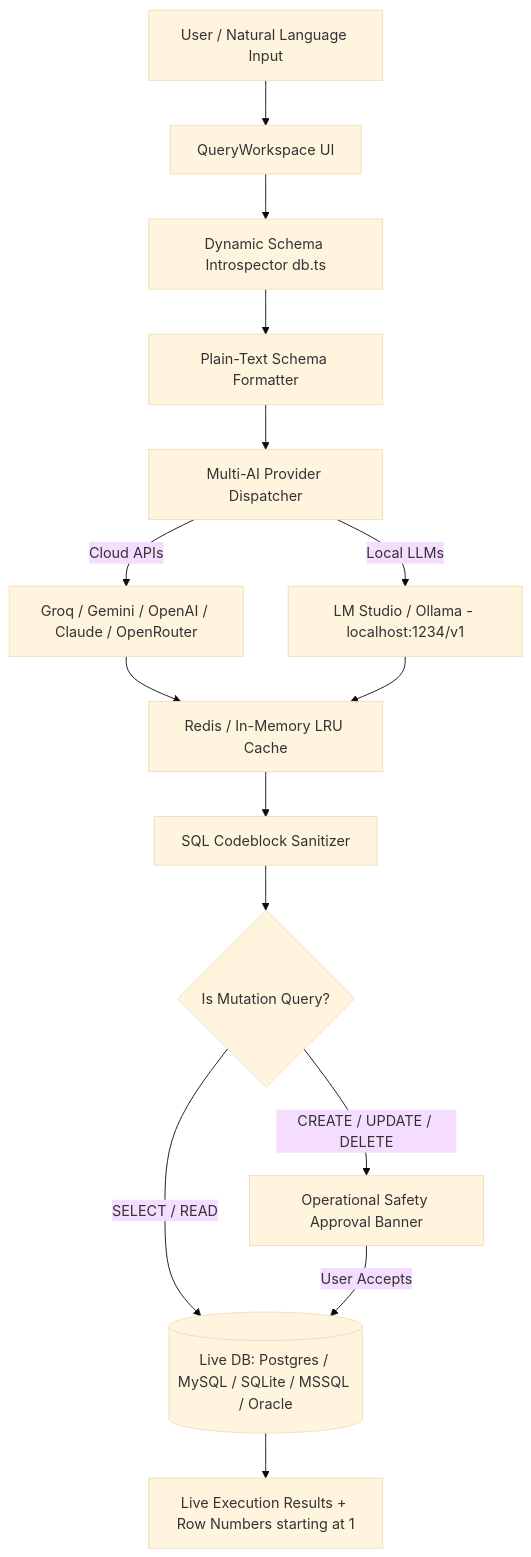
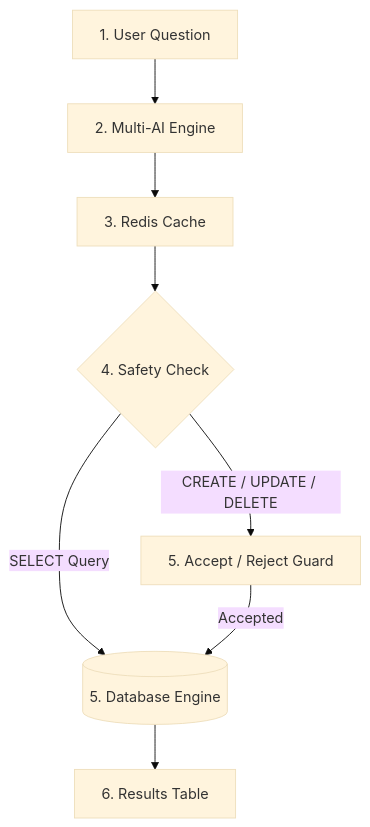
Before and after one commit to Ankit231ak/QUERYPILOT: the diagram in README.md, drawn with Mermaid (base theme). The commit also changed other lines of this file, not shown here.

````diff
--- a/README.md
+++ b/README.md
@@ -53,22 +38,10 @@
 ```mermaid
 graph TD
-    User[User / Natural Language Input] --> Workspace[QueryWorkspace UI]
-    Workspace --> SchemaEngine[Dynamic Schema Introspector db.ts]
-    SchemaEngine --> SystemPrompt[Plain-Text Schema Formatter]
-    SystemPrompt --> Dispatcher[Multi-AI Provider Dispatcher]
-    
-    Dispatcher -->|Cloud APIs| CloudAI[Groq / Gemini / OpenAI / Claude / OpenRouter]
-    Dispatcher -->|Local LLMs| LocalAI[LM Studio / Ollama - localhost:1234/v1]
-    
-    CloudAI --> Cache[Redis / In-Memory LRU Cache]
-    LocalAI --> Cache
-    
-    Cache --> Cleaner[SQL Codeblock Sanitizer]
-    Cleaner --> Guard{Is Mutation Query?}
-    
-    Guard -->|SELECT / READ| LiveDB[(Live DB: Postgres / MySQL / SQLite / MSSQL / Oracle)]
-    Guard -->|CREATE / UPDATE / DELETE| SafetyCard[Operational Safety Approval Banner]
-    SafetyCard -->|User Accepts| LiveDB
-    
-    LiveDB --> ResultsTable[Live Execution Results + Row Numbers starting at 1]
+    User[1. User Question] --> AI[2. Multi-AI Engine]
+    AI --> Cache[3. Redis Cache]
+    Cache --> Guard{4. Safety Check}
+    Guard -->|SELECT Query| DB[(5. Database Engine)]
+    Guard -->|CREATE / UPDATE / DELETE| Safety[5. Accept / Reject Guard]
+    Safety -->|Accepted| DB
+    DB --> Results[6. Results Table]
 ```
````
